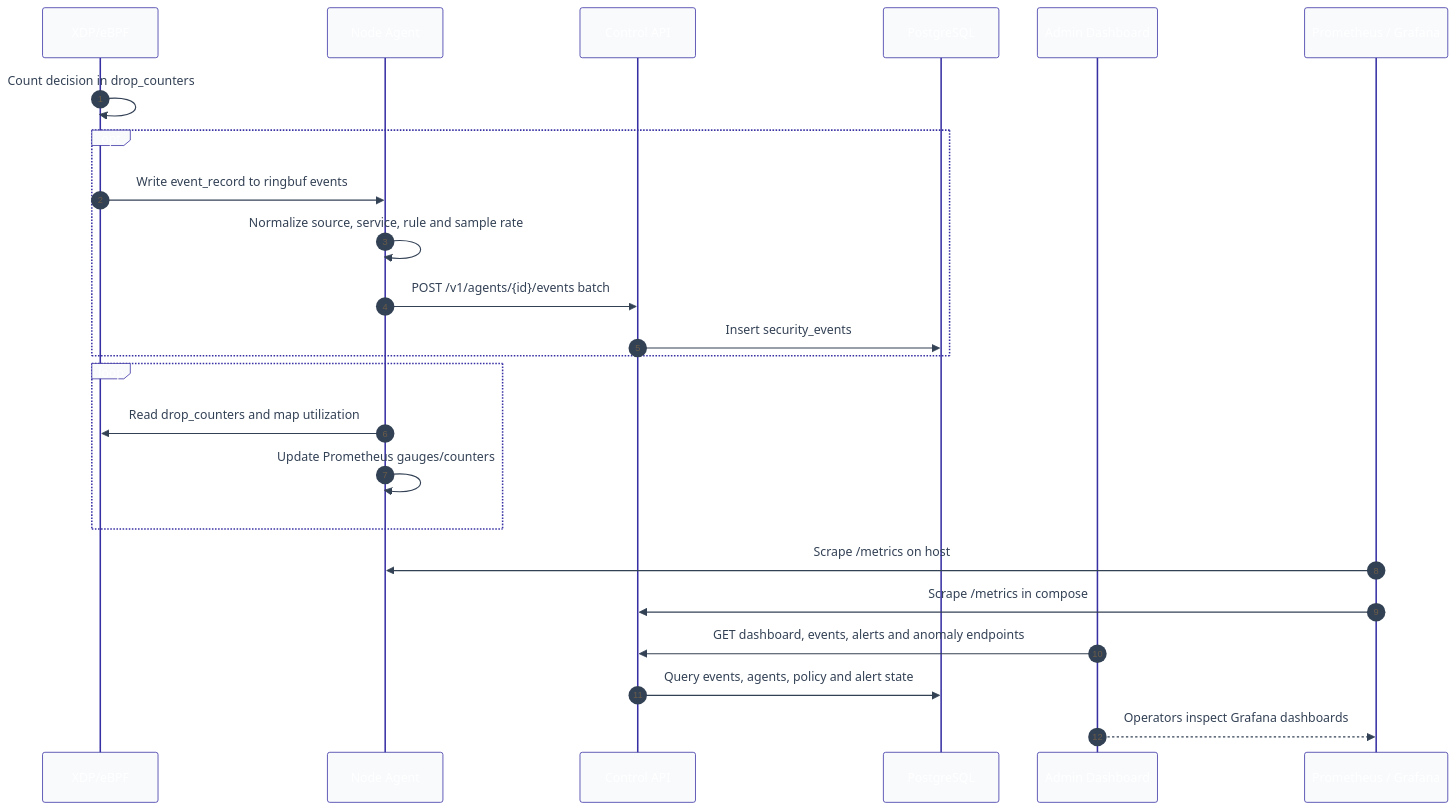
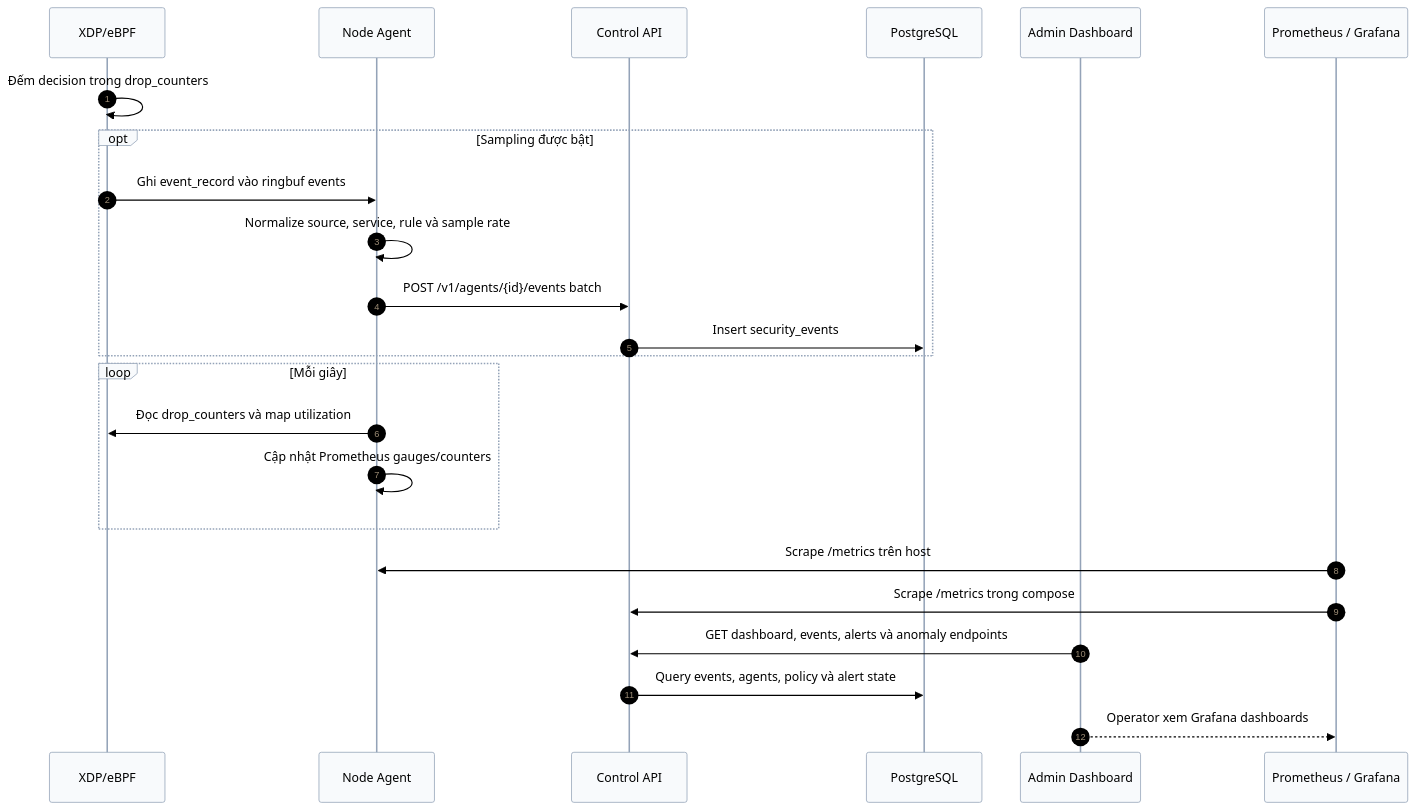
Before and after one commit to ken9xkyo/anti-ddos: the diagram in docs/diagrams/system-architecture/observability-events-sequence.mmd, drawn with Mermaid. The commit also changed 14 other files, not shown here.

```diff
--- a/docs/diagrams/system-architecture/observability-events-sequence.mmd
+++ b/docs/diagrams/system-architecture/observability-events-sequence.mmd
@@ -1,26 +1,26 @@
-%%{init: {'theme':'base','themeVariables': {'primaryColor':'#4f46e5','primaryTextColor':'#ffffff','primaryBorderColor':'#3730a3','lineColor':'#94a3b8','secondaryColor':'#10b981','tertiaryColor':'#f59e0b','background':'#ffffff','mainBkg':'#f8fafc','nodeBorder':'#cbd5e1','clusterBkg':'#f1f5f9','clusterBorder':'#e2e8f0','titleColor':'#1e293b','edgeLabelBackground':'#ffffff','textColor':'#334155'}}}%%
+%%{init: {'theme':'base','themeVariables': {'primaryColor':'#f8fafc','primaryTextColor':'#000000','primaryBorderColor':'#94a3b8','lineColor':'#64748b','secondaryColor':'#e0f2fe','tertiaryColor':'#fef3c7','background':'#ffffff','mainBkg':'#ffffff','nodeBorder':'#94a3b8','clusterBkg':'#f8fafc','clusterBorder':'#cbd5e1','titleColor':'#000000','edgeLabelBackground':'#ffffff','textColor':'#000000','actorTextColor':'#000000','actorBkg':'#f8fafc','actorBorder':'#94a3b8','participantTextColor':'#000000','participantBkg':'#f8fafc','participantBorder':'#94a3b8','labelTextColor':'#000000','loopTextColor':'#000000','noteTextColor':'#000000'}}}%%
 sequenceDiagram
     autonumber
     participant XDP as XDP/eBPF
     participant Agent as Node Agent
     participant API as Control API
     participant DB as PostgreSQL
     participant UI as Admin Dashboard
     participant Metrics as Prometheus / Grafana
 
-    XDP->>XDP: Count decision in drop_counters
-    opt Sampling enabled
-        XDP->>Agent: Write event_record to ringbuf events
-        Agent->>Agent: Normalize source, service, rule and sample rate
+    XDP->>XDP: Đếm decision trong drop_counters
+    opt Sampling được bật
+        XDP->>Agent: Ghi event_record vào ringbuf events
+        Agent->>Agent: Normalize source, service, rule và sample rate
         Agent->>API: POST /v1/agents/{id}/events batch
         API->>DB: Insert security_events
     end
-    loop Every second
-        Agent->>XDP: Read drop_counters and map utilization
-        Agent->>Agent: Update Prometheus gauges/counters
+    loop Mỗi giây
+        Agent->>XDP: Đọc drop_counters và map utilization
+        Agent->>Agent: Cập nhật Prometheus gauges/counters
     end
-    Metrics->>Agent: Scrape /metrics on host
-    Metrics->>API: Scrape /metrics in compose
-    UI->>API: GET dashboard, events, alerts and anomaly endpoints
-    API->>DB: Query events, agents, policy and alert state
-    UI-->>Metrics: Operators inspect Grafana dashboards
+    Metrics->>Agent: Scrape /metrics trên host
+    Metrics->>API: Scrape /metrics trong compose
+    UI->>API: GET dashboard, events, alerts và anomaly endpoints
+    API->>DB: Query events, agents, policy và alert state
+    UI-->>Metrics: Operator xem Grafana dashboards
```
